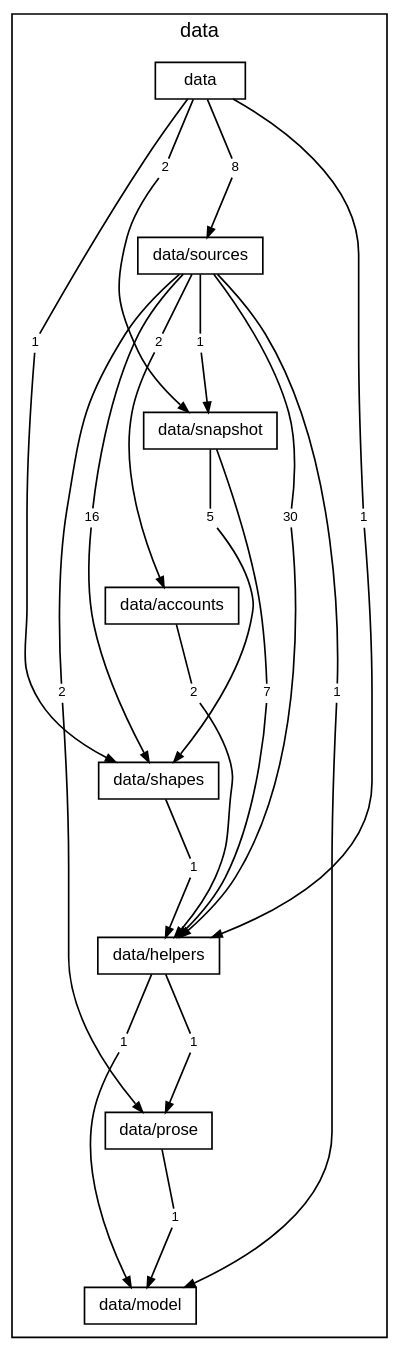
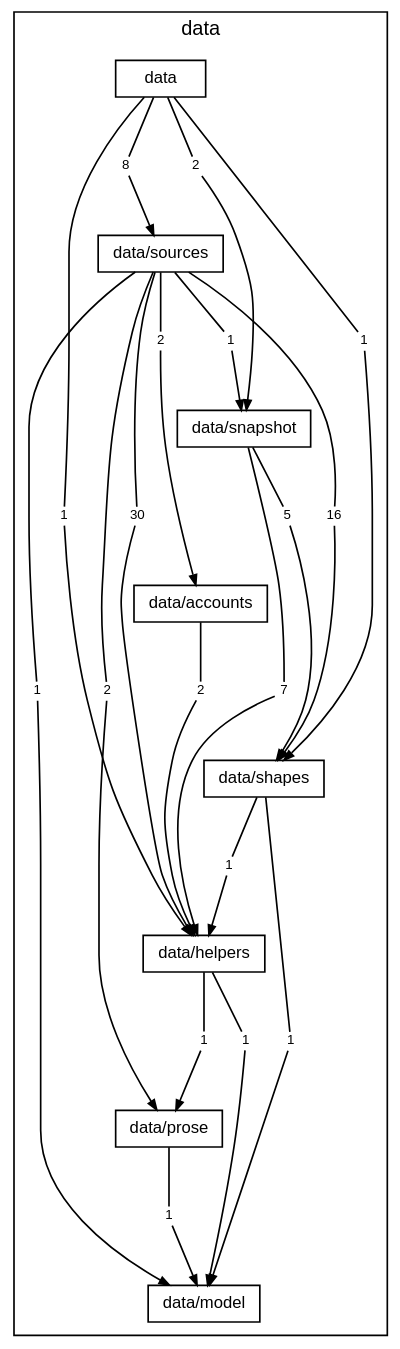
The diagram in docs/diagrams/layer-data.dot (TheAxeC/oculus), drawn with Graphviz before and after one commit. The commit also changed 110 other files, not shown here.

```diff
--- a/docs/diagrams/layer-data.dot
+++ b/docs/diagrams/layer-data.dot
@@ -1,74 +1,77 @@
 digraph layer_data {
     graph [bgcolor="transparent", rankdir=TB, newrank=true, mclimit=4, fontname="Helvetica,Arial,sans-serif", fontsize=12, nodesep=0.2, ranksep=0.5];
     node [shape=box, color="black", fontcolor="black", fontname="Helvetica,Arial,sans-serif", fontsize=10, height=0.3, margin="0.12,0.04"];
     edge [color="black", fontcolor="black", fontname="Helvetica,Arial,sans-serif", fontsize=8, arrowsize=0.6];
     subgraph "cluster_data" {
         label="data"; style=solid;
         "folder data" [label="data"];
         "folder data/sources" [label="data/sources"];
         "folder data/snapshot" [label="data/snapshot"];
         "folder data/accounts" [label="data/accounts"];
         "folder data/shapes" [label="data/shapes"];
         "folder data/helpers" [label="data/helpers"];
         "folder data/prose" [label="data/prose"];
         "folder data/model" [label="data/model"];
         "folder data to folder data/helpers" [label="1", shape=box, color="transparent", fontsize=8, width=0, height=0, margin="0.04,0.02"];
         "folder data to folder data/shapes" [label="1", shape=box, color="transparent", fontsize=8, width=0, height=0, margin="0.04,0.02"];
         "folder data to folder data/snapshot" [label="2", shape=box, color="transparent", fontsize=8, width=0, height=0, margin="0.04,0.02"];
         "folder data to folder data/sources" [label="8", shape=box, color="transparent", fontsize=8, width=0, height=0, margin="0.04,0.02"];
         "folder data/sources to folder data/accounts" [label="2", shape=box, color="transparent", fontsize=8, width=0, height=0, margin="0.04,0.02"];
         "folder data/sources to folder data/helpers" [label="30", shape=box, color="transparent", fontsize=8, width=0, height=0, margin="0.04,0.02"];
         "folder data/sources to folder data/model" [label="1", shape=box, color="transparent", fontsize=8, width=0, height=0, margin="0.04,0.02"];
         "folder data/sources to folder data/prose" [label="2", shape=box, color="transparent", fontsize=8, width=0, height=0, margin="0.04,0.02"];
         "folder data/sources to folder data/shapes" [label="16", shape=box, color="transparent", fontsize=8, width=0, height=0, margin="0.04,0.02"];
         "folder data/sources to folder data/snapshot" [label="1", shape=box, color="transparent", fontsize=8, width=0, height=0, margin="0.04,0.02"];
         "folder data/snapshot to folder data/helpers" [label="7", shape=box, color="transparent", fontsize=8, width=0, height=0, margin="0.04,0.02"];
         "folder data/snapshot to folder data/shapes" [label="5", shape=box, color="transparent", fontsize=8, width=0, height=0, margin="0.04,0.02"];
         "folder data/accounts to folder data/helpers" [label="2", shape=box, color="transparent", fontsize=8, width=0, height=0, margin="0.04,0.02"];
         "folder data/shapes to folder data/helpers" [label="1", shape=box, color="transparent", fontsize=8, width=0, height=0, margin="0.04,0.02"];
+        "folder data/shapes to folder data/model" [label="1", shape=box, color="transparent", fontsize=8, width=0, height=0, margin="0.04,0.02"];
         "folder data/helpers to folder data/model" [label="1", shape=box, color="transparent", fontsize=8, width=0, height=0, margin="0.04,0.02"];
         "folder data/helpers to folder data/prose" [label="1", shape=box, color="transparent", fontsize=8, width=0, height=0, margin="0.04,0.02"];
         "folder data/prose to folder data/model" [label="1", shape=box, color="transparent", fontsize=8, width=0, height=0, margin="0.04,0.02"];
     }
     "folder data" -> "folder data/sources" [style=invis, weight=10, minlen=2];
     "folder data/sources" -> "folder data/snapshot" [style=invis, weight=10, minlen=2];
     "folder data/snapshot" -> "folder data/accounts" [style=invis, weight=10, minlen=2];
     "folder data/accounts" -> "folder data/shapes" [style=invis, weight=10, minlen=2];
     "folder data/shapes" -> "folder data/helpers" [style=invis, weight=10, minlen=2];
     "folder data/helpers" -> "folder data/prose" [style=invis, weight=10, minlen=2];
     "folder data/prose" -> "folder data/model" [style=invis, weight=10, minlen=2];
     "folder data" -> "folder data to folder data/helpers" [arrowhead=none, minlen=5, weight=10];
     "folder data to folder data/helpers" -> "folder data/helpers" [];
     "folder data" -> "folder data to folder data/shapes" [arrowhead=none, minlen=3, weight=10];
     "folder data to folder data/shapes" -> "folder data/shapes" [];
     "folder data" -> "folder data to folder data/snapshot" [arrowhead=none, minlen=1, weight=10];
     "folder data to folder data/snapshot" -> "folder data/snapshot" [];
     "folder data" -> "folder data to folder data/sources" [arrowhead=none, minlen=1, weight=10];
     "folder data to folder data/sources" -> "folder data/sources" [];
     "folder data/sources" -> "folder data/sources to folder data/accounts" [arrowhead=none, minlen=1, weight=10];
     "folder data/sources to folder data/accounts" -> "folder data/accounts" [];
     "folder data/sources" -> "folder data/sources to folder data/helpers" [arrowhead=none, minlen=3, weight=10];
     "folder data/sources to folder data/helpers" -> "folder data/helpers" [];
     "folder data/sources" -> "folder data/sources to folder data/model" [arrowhead=none, minlen=5, weight=10];
     "folder data/sources to folder data/model" -> "folder data/model" [];
     "folder data/sources" -> "folder data/sources to folder data/prose" [arrowhead=none, minlen=5, weight=10];
     "folder data/sources to folder data/prose" -> "folder data/prose" [];
     "folder data/sources" -> "folder data/sources to folder data/shapes" [arrowhead=none, minlen=3, weight=10];
     "folder data/sources to folder data/shapes" -> "folder data/shapes" [];
     "folder data/sources" -> "folder data/sources to folder data/snapshot" [arrowhead=none, minlen=1, weight=10];
     "folder data/sources to folder data/snapshot" -> "folder data/snapshot" [];
     "folder data/snapshot" -> "folder data/snapshot to folder data/helpers" [arrowhead=none, minlen=3, weight=10];
     "folder data/snapshot to folder data/helpers" -> "folder data/helpers" [];
     "folder data/snapshot" -> "folder data/snapshot to folder data/shapes" [arrowhead=none, minlen=1, weight=10];
     "folder data/snapshot to folder data/shapes" -> "folder data/shapes" [];
     "folder data/accounts" -> "folder data/accounts to folder data/helpers" [arrowhead=none, minlen=1, weight=10];
     "folder data/accounts to folder data/helpers" -> "folder data/helpers" [];
     "folder data/shapes" -> "folder data/shapes to folder data/helpers" [arrowhead=none, minlen=1, weight=10];
     "folder data/shapes to folder data/helpers" -> "folder data/helpers" [];
+    "folder data/shapes" -> "folder data/shapes to folder data/model" [arrowhead=none, minlen=3, weight=10];
+    "folder data/shapes to folder data/model" -> "folder data/model" [];
     "folder data/helpers" -> "folder data/helpers to folder data/model" [arrowhead=none, minlen=1, weight=10];
     "folder data/helpers to folder data/model" -> "folder data/model" [];
     "folder data/helpers" -> "folder data/helpers to folder data/prose" [arrowhead=none, minlen=1, weight=10];
     "folder data/helpers to folder data/prose" -> "folder data/prose" [];
     "folder data/prose" -> "folder data/prose to folder data/model" [arrowhead=none, minlen=1, weight=10];
     "folder data/prose to folder data/model" -> "folder data/model" [];
 }
```
